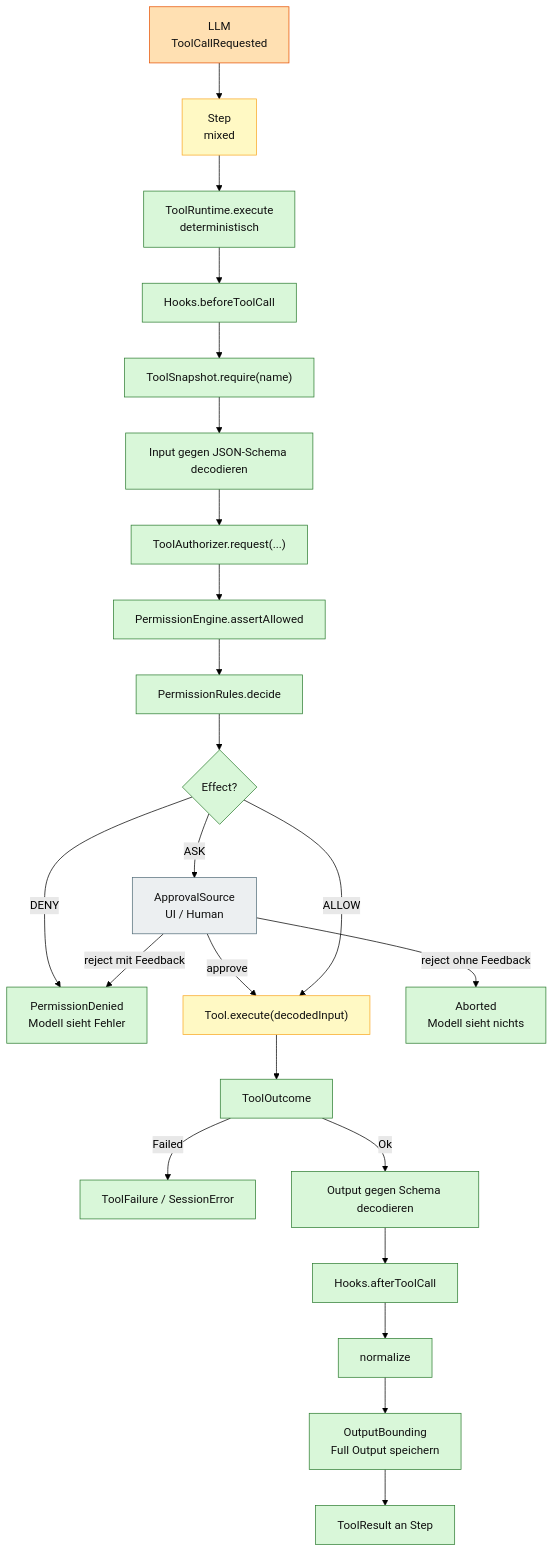
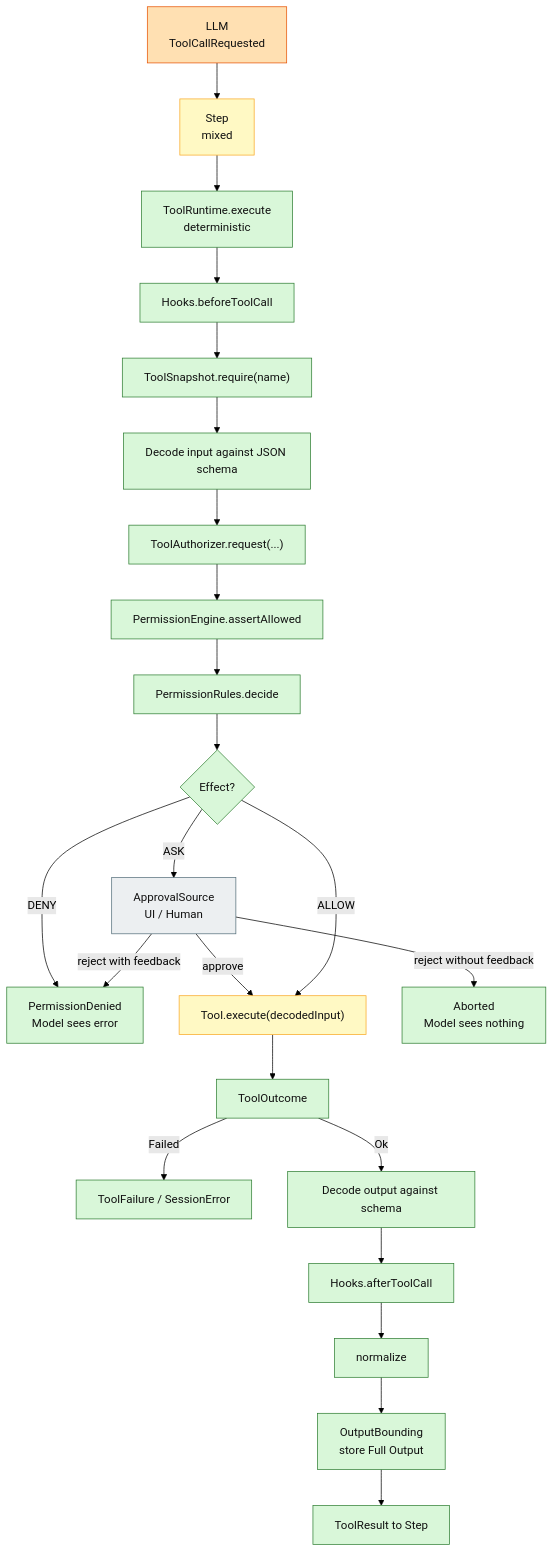
The first of 2 diagrams in docs/diagrams/07-tool-permission-chain.md (augmentia-de/QOC), drawn with Mermaid (forest theme) before and after one commit. The commit also changed other lines of this file and 71 other files, not shown here.

````diff
--- a/docs/diagrams/07-tool-permission-chain.md
+++ b/docs/diagrams/07-tool-permission-chain.md
@@ -9,32 +9,32 @@
 ```mermaid
 flowchart TD
   Llm["LLM<br/>ToolCallRequested"]:::llm --> Step["Step<br/>mixed"]:::mixed
-  Step --> Runtime["ToolRuntime.execute<br/>deterministisch"]:::det
+  Step --> Runtime["ToolRuntime.execute<br/>deterministic"]:::det
   Runtime --> Hook["Hooks.beforeToolCall"]:::det
   Hook --> Snapshot["ToolSnapshot.require(name)"]:::det
-  Snapshot --> Decode["Input gegen JSON-Schema decodieren"]:::det
+  Snapshot --> Decode["Decode input against JSON schema"]:::det
   Decode --> Auth["ToolAuthorizer.request(...)"]:::det
   Auth --> Perm["PermissionEngine.assertAllowed"]:::det
   Perm --> Rules["PermissionRules.decide"]:::det
   Rules --> Effect{"Effect?"}:::det
 
-  Effect -->|"DENY"| Denied["PermissionDenied<br/>Modell sieht Fehler"]:::det
+  Effect -->|"DENY"| Denied["PermissionDenied<br/>Model sees error"]:::det
   Effect -->|"ASK"| Ask["ApprovalSource<br/>UI / Human"]:::ext
   Ask -->|"approve"| Execute
-  Ask -->|"reject ohne Feedback"| Aborted["Aborted<br/>Modell sieht nichts"]:::det
-  Ask -->|"reject mit Feedback"| Denied
+  Ask -->|"reject without feedback"| Aborted["Aborted<br/>Model sees nothing"]:::det
+  Ask -->|"reject with feedback"| Denied
   Effect -->|"ALLOW"| Execute["Tool.execute(decodedInput)"]:::mixed
 
   Execute --> Outcome["ToolOutcome"]:::det
   Outcome -->|"Failed"| Failed["ToolFailure / SessionError"]:::det
-  Outcome -->|"Ok"| Output["Output gegen Schema decodieren"]:::det
+  Outcome -->|"Ok"| Output["Decode output against schema"]:::det
   Output --> After["Hooks.afterToolCall"]:::det
   After --> Normalize["normalize"]:::det
-  Normalize --> Bound["OutputBounding<br/>Full Output speichern"]:::det
-  Bound --> Result["ToolResult an Step"]:::det
+  Normalize --> Bound["OutputBounding<br/>store Full Output"]:::det
+  Bound --> Result["ToolResult to Step"]:::det
 
   classDef det fill:#d9f7d9,stroke:#2e7d32,stroke-width:1px,color:#111;
   classDef llm fill:#ffe0b2,stroke:#e65100,stroke-width:1px,color:#111;
   classDef mixed fill:#fff9c4,stroke:#f9a825,stroke-width:1px,color:#111;
   classDef ext fill:#eceff1,stroke:#546e7a,stroke-width:1px,color:#111;
 ```
````
